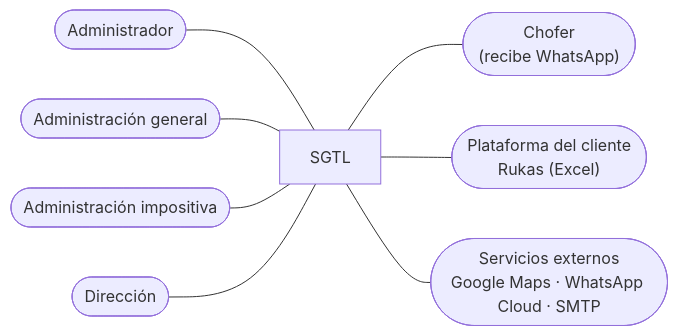
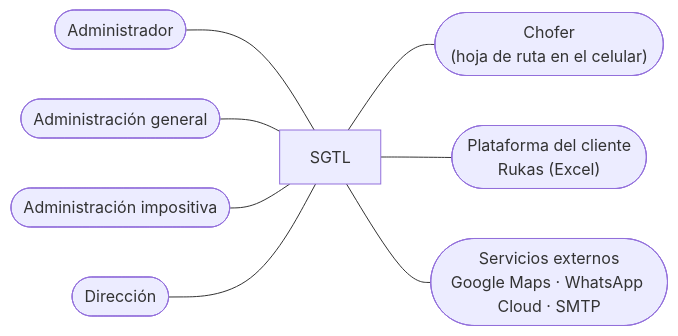
Before and after one commit to TransporteSanchez/SGTL: the first of 12 diagrams in docs/tesis/04-arquitectura-y-diseno.md, drawn with Mermaid. The commit also changed other lines of this file and 2 other files, not shown here.

First line of the commit message:
Hoja de ruta: la tesis cuenta que el chofer usa el sistema

````diff
--- a/docs/tesis/04-arquitectura-y-diseno.md
+++ b/docs/tesis/04-arquitectura-y-diseno.md
@@ -12,10 +12,10 @@
 ```mermaid
 flowchart LR
     ADM(["Administrador"]) --- S["SGTL"]
     AG(["Administración general"]) --- S
     AI(["Administración impositiva"]) --- S
     DIR(["Dirección"]) --- S
-    S --- CH(["Chofer<br/>(recibe WhatsApp)"])
+    S --- CH(["Chofer<br/>(hoja de ruta en el celular)"])
     S --- PL(["Plataforma del cliente<br/>Rukas (Excel)"])
     S --- EXT(["Servicios externos<br/>Google Maps · WhatsApp Cloud · SMTP"])
 ```
````
